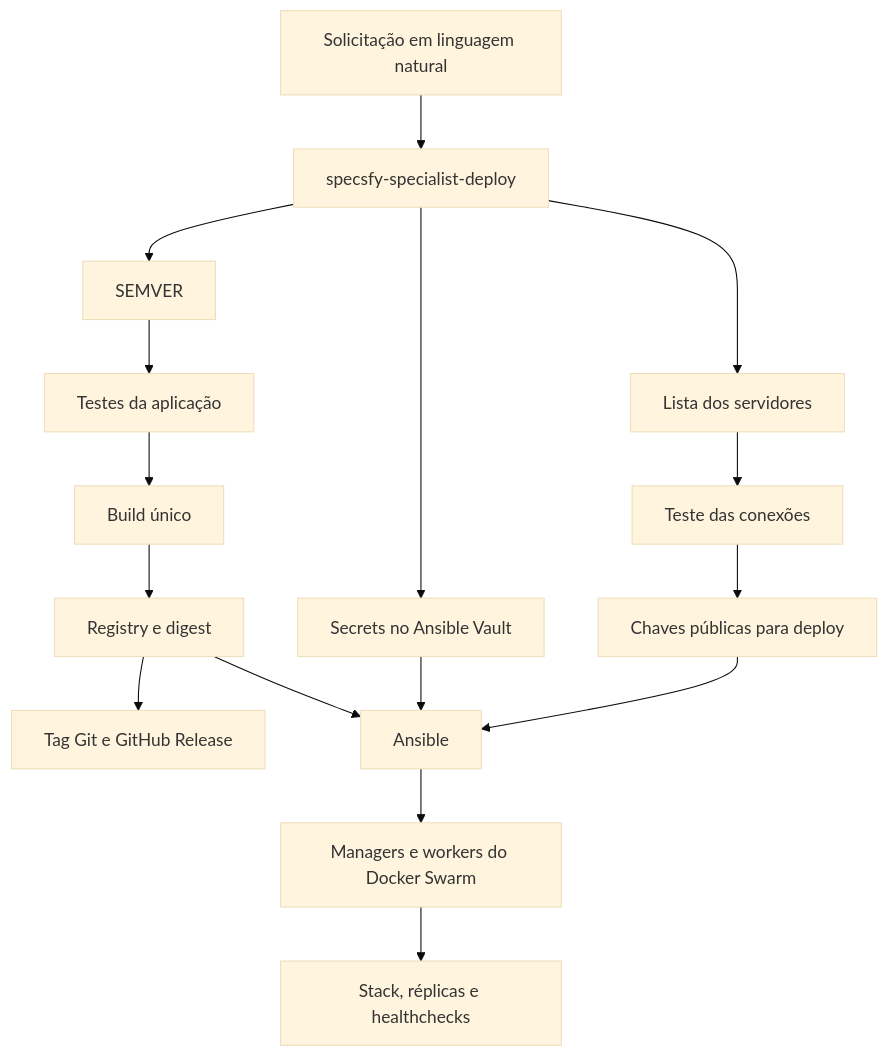
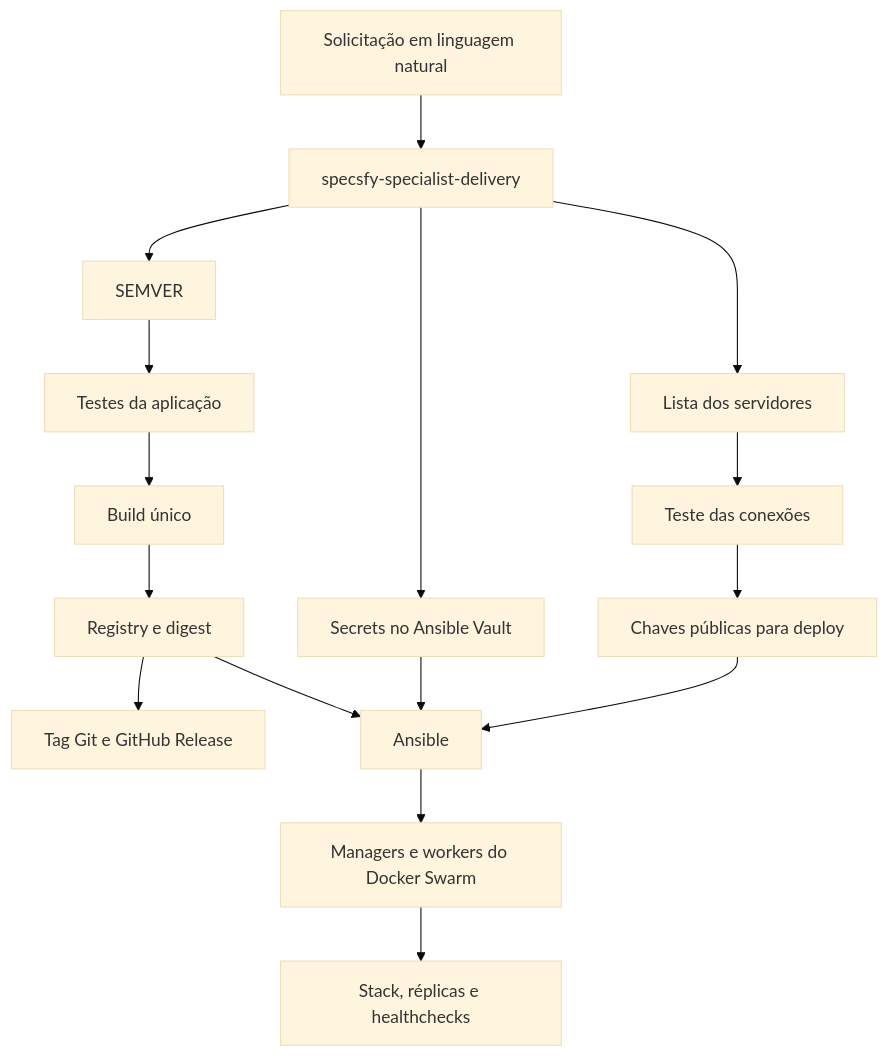
One commit to promovaweb/specsfy changed the first of 2 diagrams in docs/user/deploy.md. Above: the diagram before and after it, drawn with Mermaid (base theme). The commit also changed other lines of this file and 862 other files, not shown here.

````diff
--- a/docs/user/deploy.md
+++ b/docs/user/deploy.md
@@ -79,18 +79,18 @@
 ```mermaid
 flowchart TD
-  P[Solicitação em linguagem natural] --> D[specsfy-specialist-deploy]
+  P[Solicitação em linguagem natural] --> D[specsfy-specialist-delivery]
   D --> I[Lista dos servidores]
   I --> C[Teste das conexões]
   C --> K[Chaves públicas para deploy]
   D --> S[SEMVER]
   D --> V[Secrets no Ansible Vault]
   S --> T[Testes da aplicação]
   T --> B[Build único]
   B --> R[Registry e digest]
   R --> G[Tag Git e GitHub Release]
   K --> A[Ansible]
   V --> A
   R --> A
   A --> W[Managers e workers do Docker Swarm]
   W --> O[Stack, réplicas e healthchecks]
 ```
````
